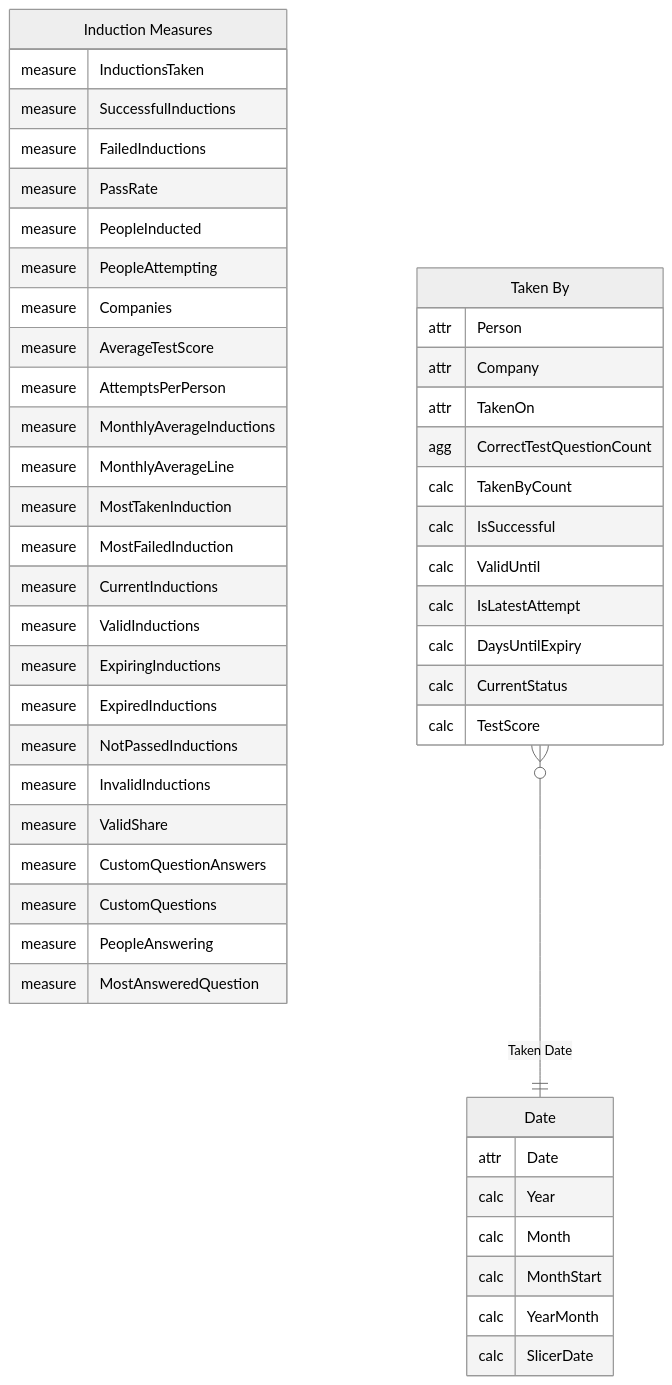
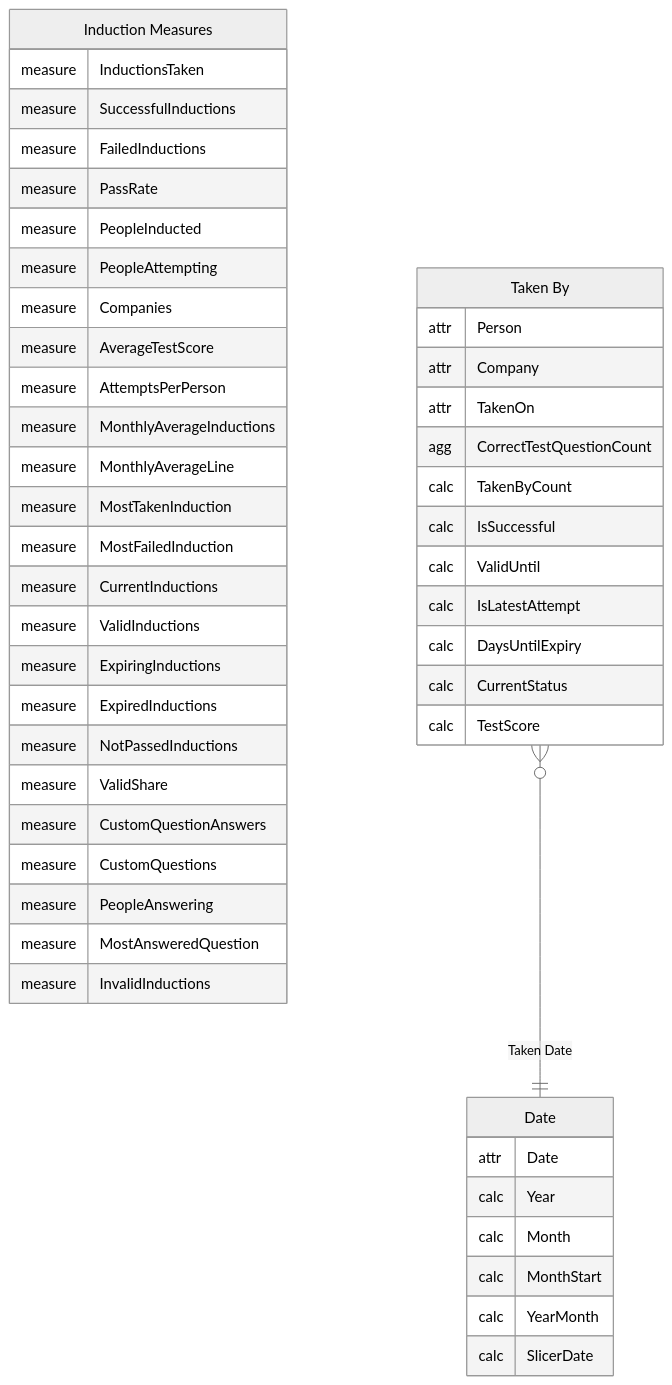
One commit to adrian-work-wallet/BIClient changed the second of 2 diagrams in PowerBISamplesModels/Inductions.md. Above: the diagram before and after it, drawn with Mermaid. The commit also changed other lines of this file and 6 other files, not shown here.

````diff
--- a/PowerBISamplesModels/Inductions.md
+++ b/PowerBISamplesModels/Inductions.md
@@ -64,55 +64,55 @@
 ```mermaid
 ---
 config:
   theme: neutral
 ---
 erDiagram
     "Date" {
         attr Date
         calc Year
         calc Month
         calc MonthStart
         calc YearMonth
         calc SlicerDate
     }
     "Induction Measures" {
         measure InductionsTaken
         measure SuccessfulInductions
         measure FailedInductions
         measure PassRate
         measure PeopleInducted
         measure PeopleAttempting
         measure Companies
         measure AverageTestScore
         measure AttemptsPerPerson
         measure MonthlyAverageInductions
         measure MonthlyAverageLine
         measure MostTakenInduction
         measure MostFailedInduction
         measure CurrentInductions
         measure ValidInductions
         measure ExpiringInductions
         measure ExpiredInductions
         measure NotPassedInductions
-        measure InvalidInductions
         measure ValidShare
         measure CustomQuestionAnswers
         measure CustomQuestions
         measure PeopleAnswering
         measure MostAnsweredQuestion
+        measure InvalidInductions
     }
     "Taken By" {
         attr Person
         attr Company
         attr TakenOn
         agg CorrectTestQuestionCount
         calc TakenByCount
         calc IsSuccessful
         calc ValidUntil
         calc IsLatestAttempt
         calc DaysUntilExpiry
         calc CurrentStatus
         calc TestScore
     }
     "Taken By" }o--|| "Date" : "Taken Date"
 ```
````
